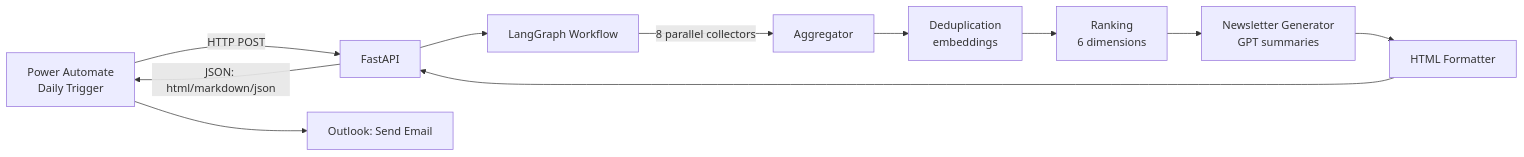
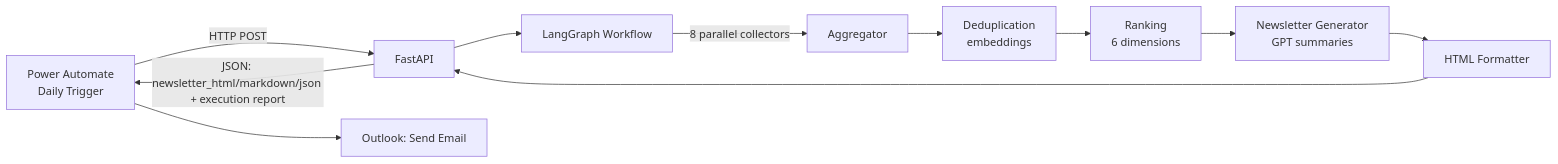
Before and after one commit to Irapatil/AI-Newsletter-Automation: the diagram in README.md, drawn with Mermaid. The commit also changed other lines of this file and 7 other files, not shown here.

````diff
--- a/README.md
+++ b/README.md
@@ -66,13 +77,13 @@
 ```mermaid
 flowchart LR
     PA[Power Automate<br/>Daily Trigger] -->|HTTP POST| API[FastAPI]
     API --> WF[LangGraph Workflow]
     WF -->|8 parallel collectors| AGG[Aggregator]
     AGG --> DEDUP[Deduplication<br/>embeddings]
     DEDUP --> RANK[Ranking<br/>6 dimensions]
     RANK --> GEN[Newsletter Generator<br/>GPT summaries]
     GEN --> FMT[HTML Formatter]
     FMT --> API
-    API -->|JSON: html/markdown/json| PA
+    API -->|JSON: newsletter_html/markdown/json + execution report| PA
     PA --> OUTLOOK[Outlook: Send Email]
 ```
````
